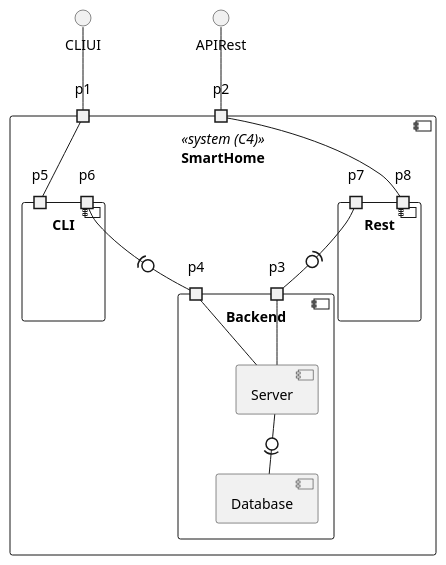
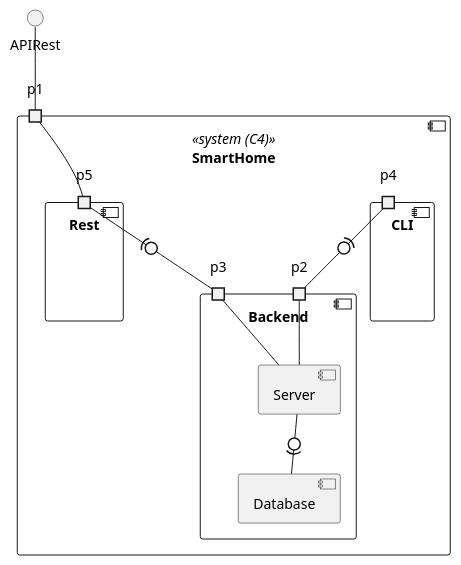
Before and after one commit to olivDiogo/SmartHome: the diagram in docs/ooa/C4_4plus1_models_v2/Level2/LogicalView/LogicalViewLevel2.puml, drawn with PlantUML. The commit also changed 2 other files, not shown here.

```diff
--- a/docs/ooa/C4_4plus1_models_v2/Level2/LogicalView/LogicalViewLevel2.puml
+++ b/docs/ooa/C4_4plus1_models_v2/Level2/LogicalView/LogicalViewLevel2.puml
@@ -1,37 +1,33 @@
 @startuml
 'https://plantuml.com/component-diagram
 component SmartHome <<system (C4)>> {
     port p1
-    port p2
 
     component Backend {
+        port p2
         port p3
-        port p4
         component Database
         component Server
     }
 
     component CLI{
-        port p5
-        port p6
+        port p4
     }
 
     component Rest{
-        port p7
-        port p8
+        port p5
     }
 }
 
-CLIUI -down- p1
+
 p5 - p1
-p6 -(0- p4
+p5 -(0- p3
 
-p3 -up0)- p7
-p8 - p2
-p2 -up- APIRest
+p4 -(0- p2
+p1 -up- APIRest
 
 Server -0)- Database
+Server - p2
 Server - p3
-Server - p4
 
 @enduml
```
